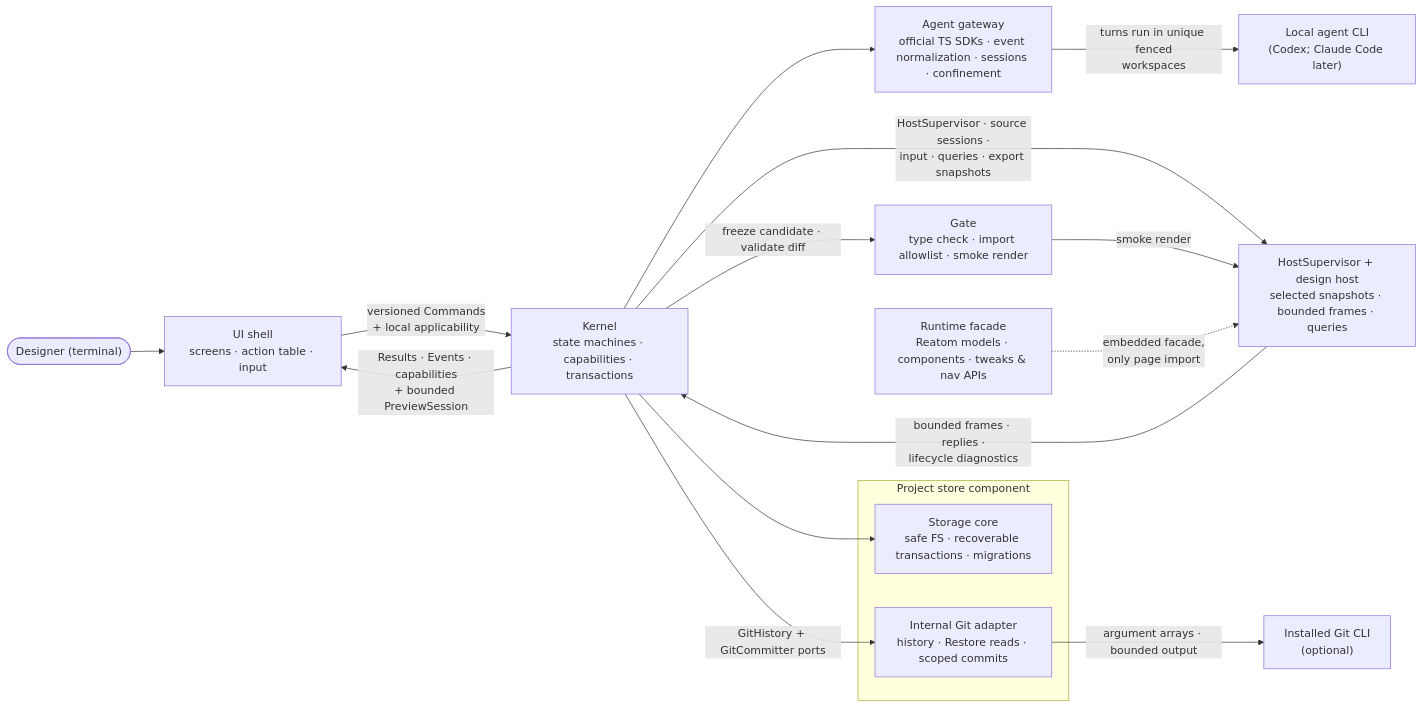
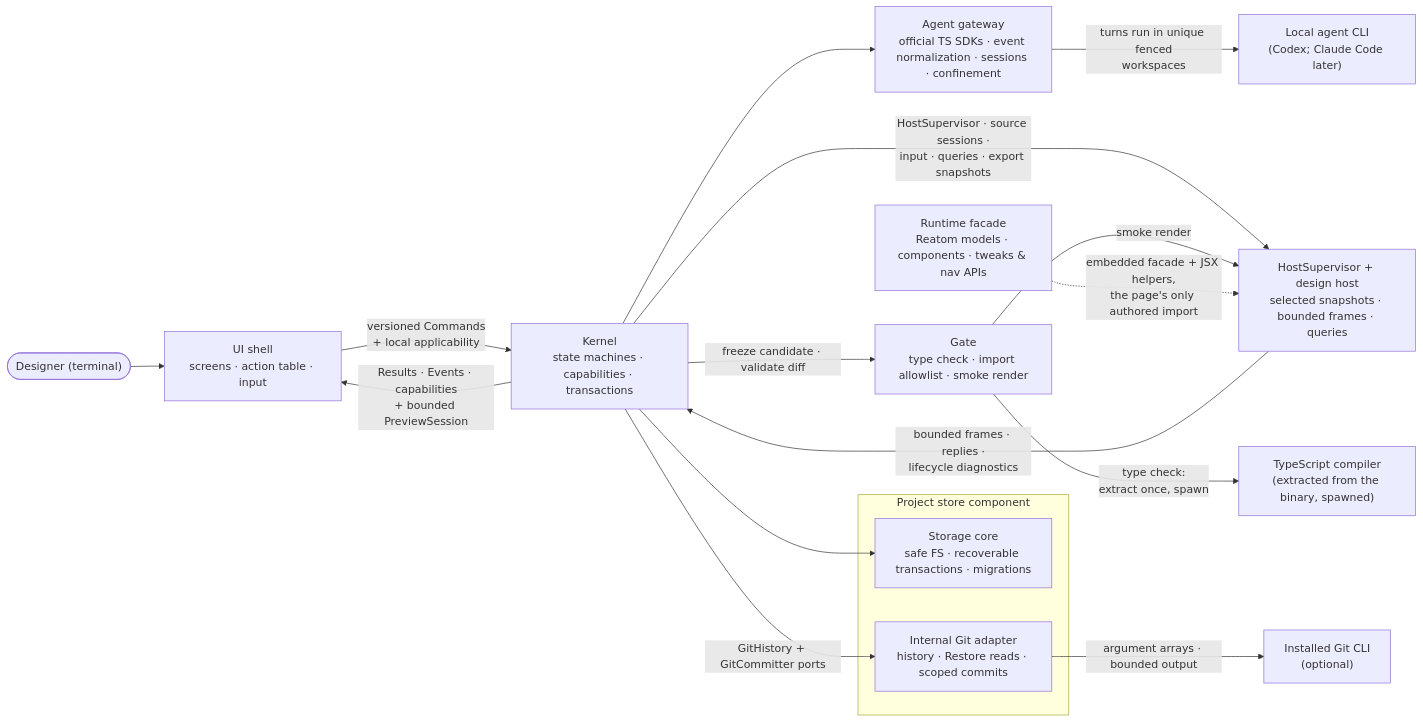
The diagram in docs/architecture/modules.md (khmilevoi/termcraft), drawn with Mermaid before and after one commit. The commit also changed other lines of this file and 4 other files, not shown here.

First line of the commit message:
@ docs: sync architecture docs to the landed spike amendments

````diff
--- a/docs/architecture/modules.md
+++ b/docs/architecture/modules.md
@@ -3,30 +3,32 @@
 ```mermaid
 flowchart LR
     designer(["Designer (terminal)"]) --> uishell
     cli["Local agent CLI<br/>(Codex; Claude Code later)"]
     gitcli["Installed Git CLI<br/>(optional)"]
+    tsc["TypeScript compiler<br/>(extracted from the binary, spawned)"]
 
     uishell["UI shell<br/>screens · action table · input"]
     kernel["Kernel<br/>state machines · capabilities · transactions"]
     gateway["Agent gateway<br/>official TS SDKs · event normalization · sessions · confinement"]
     gate["Gate<br/>type check · import allowlist · smoke render"]
     runtime["Runtime facade<br/>Reatom models · components · tweaks & nav APIs"]
     host["HostSupervisor + design host<br/>selected snapshots · bounded frames · queries"]
     subgraph storecomponent["Project store component"]
         pstore["Storage core<br/>safe FS · recoverable transactions · migrations"]
         gitadapter["Internal Git adapter<br/>history · Restore reads · scoped commits"]
     end
 
     uishell -- "versioned Commands<br/>+ local applicability" --> kernel
     kernel -- "Results · Events · capabilities<br/>+ bounded PreviewSession" --> uishell
     kernel --> gateway
     gateway -- "turns run in unique fenced<br/>workspaces" --> cli
     kernel -- "freeze candidate · validate diff" --> gate
     kernel --> pstore
     kernel -- "GitHistory + GitCommitter ports" --> gitadapter
     gitadapter -- "argument arrays · bounded output" --> gitcli
     kernel -- "HostSupervisor · source sessions ·<br/>input · queries · export snapshots" --> host
     host -- "bounded frames · replies ·<br/>lifecycle diagnostics" --> kernel
     gate -- "smoke render" --> host
-    runtime -. "embedded facade,<br/>only page import" .-> host
+    gate -- "type check:<br/>extract once, spawn" --> tsc
+    runtime -. "embedded facade + JSX helpers,<br/>the page's only authored import" .-> host
 ```
````
